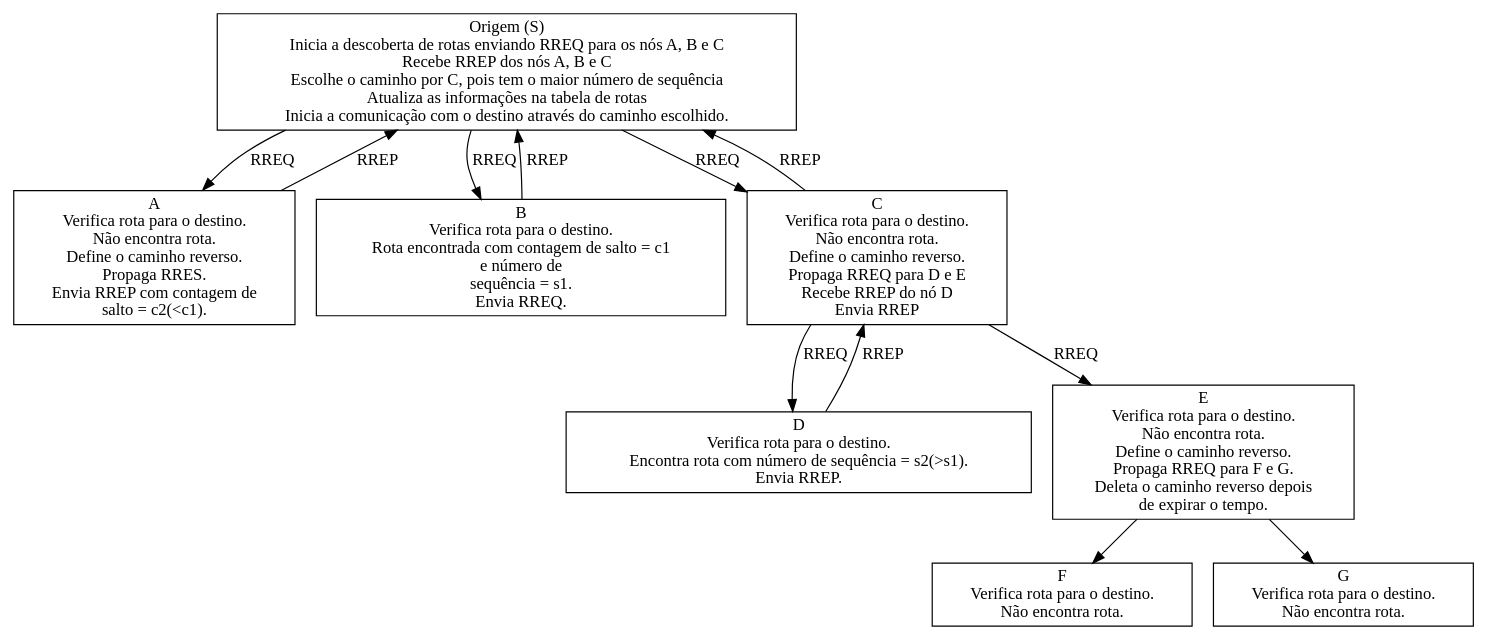
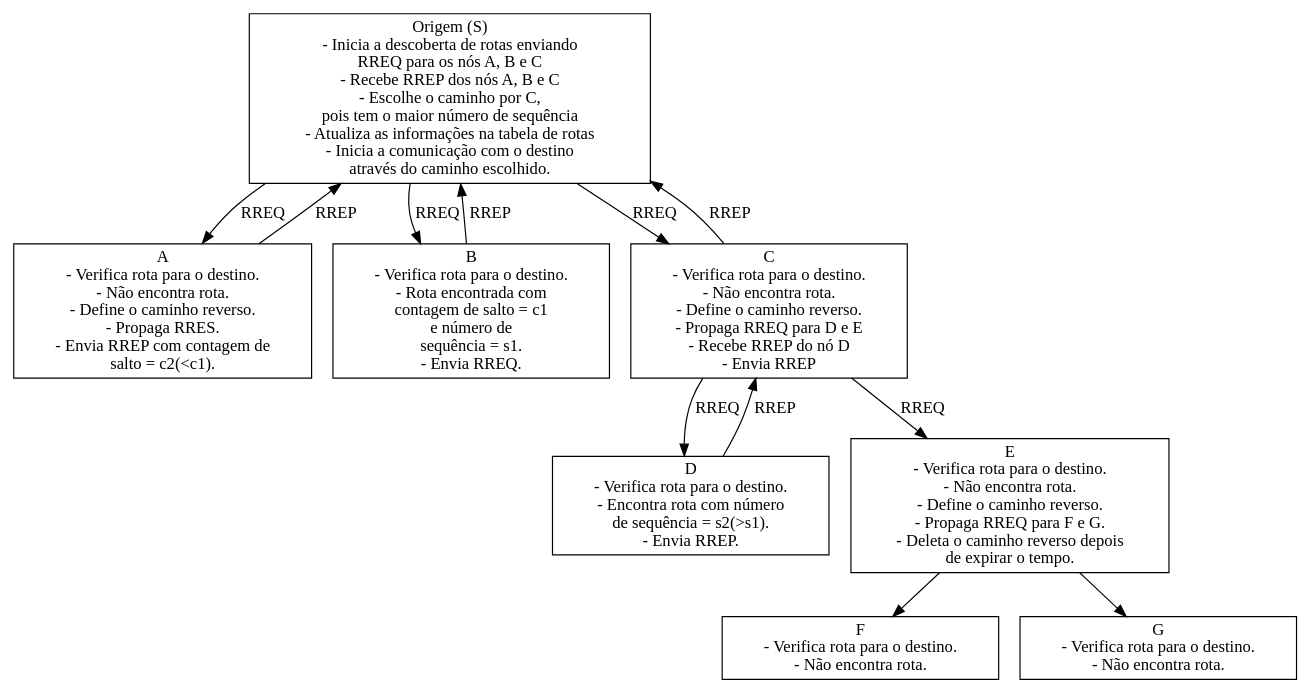
The diagram in doc/TCC/images-source/aodvOperation.dot (fabiosammy/TCC_NS2), drawn with Graphviz before and after one commit. The commit also changed 4 other files, not shown here.

```diff
--- a/doc/TCC/images-source/aodvOperation.dot
+++ b/doc/TCC/images-source/aodvOperation.dot
@@ -1,32 +1,32 @@
 digraph aodvOperation {
 
 	node[shape=box]
 	edge[len=5]
 	
-	S[label="Origem (S) \nInicia a descoberta de rotas enviando RREQ para os nós A, B e C \nRecebe RREP dos nós A, B e C \nEscolhe o caminho por C, pois tem o maior número de sequência \nAtualiza as informações na tabela de rotas \nInicia a comunicação com o destino através do caminho escolhido."]
-	A[label="A \nVerifica rota para o destino. \nNão encontra rota. \nDefine o caminho reverso. \nPropaga RRES. \nEnvia RREP com contagem de \nsalto = c2(<c1)."]
-	B[label="B \nVerifica rota para o destino. \nRota encontrada com contagem de salto = c1 \ne número de \nsequência = s1. \nEnvia RREQ."]
-	C[label="C \nVerifica rota para o destino. \nNão encontra rota. \nDefine o caminho reverso. \nPropaga RREQ para D e E \nRecebe RREP do nó D \nEnvia RREP"]
-	D[label="D \nVerifica rota para o destino. \nEncontra rota com número de sequência = s2(>s1). \nEnvia RREP."]
-	E[label="E \nVerifica rota para o destino. \nNão encontra rota. \nDefine o caminho reverso. \nPropaga RREQ para F e G. \nDeleta o caminho reverso depois \nde expirar o tempo. "]
-	F[label="F \nVerifica rota para o destino. \nNão encontra rota."]
-	G[label="G \nVerifica rota para o destino. \nNão encontra rota."]
+	S[label="Origem (S) \n - Inicia a descoberta de rotas enviando \nRREQ para os nós A, B e C \n - Recebe RREP dos nós A, B e C \n - Escolhe o caminho por C, \npois tem o maior número de sequência \n - Atualiza as informações na tabela de rotas \n - Inicia a comunicação com o destino \natravés do caminho escolhido."]
+	A[label="A \n - Verifica rota para o destino. \n - Não encontra rota. \n - Define o caminho reverso. \n - Propaga RRES. \n - Envia RREP com contagem de \nsalto = c2(<c1)."]
+	B[label="B \n - Verifica rota para o destino. \n - Rota encontrada com \ncontagem de salto = c1 \ne número de \nsequência = s1. \n - Envia RREQ."]
+	C[label="C \n - Verifica rota para o destino. \n - Não encontra rota. \n - Define o caminho reverso. \n - Propaga RREQ para D e E \n - Recebe RREP do nó D \n - Envia RREP"]
+	D[label="D \n - Verifica rota para o destino. \n - Encontra rota com número \nde sequência = s2(>s1). \n - Envia RREP."]
+	E[label="E \n - Verifica rota para o destino. \n - Não encontra rota. \n - Define o caminho reverso. \n - Propaga RREQ para F e G. \n - Deleta o caminho reverso depois \nde expirar o tempo. "]
+	F[label="F \n - Verifica rota para o destino. \n - Não encontra rota."]
+	G[label="G \n - Verifica rota para o destino. \n - Não encontra rota."]
 
 	S -> A[label="RREQ"]
 	A -> S[label="RREP"]
 
 	S -> B[label="RREQ"]
 	B -> S[label="RREP"]
 
 	S -> C[label="RREQ"]
 	C -> S[label="RREP"]
 
 	C -> D[label="RREQ"]
 	D -> C[label="RREP"]
 
 	C -> E[label="RREQ"]
 
 	E -> F
 	E -> G
 
 }
```
